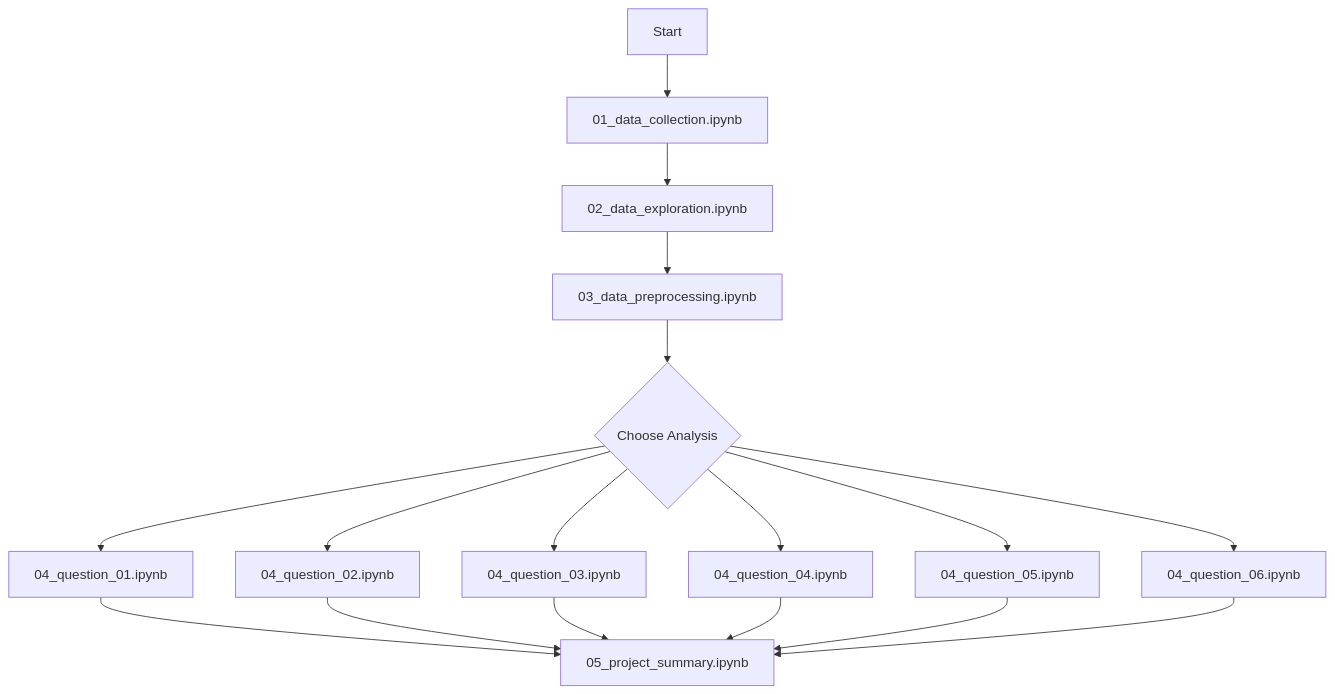
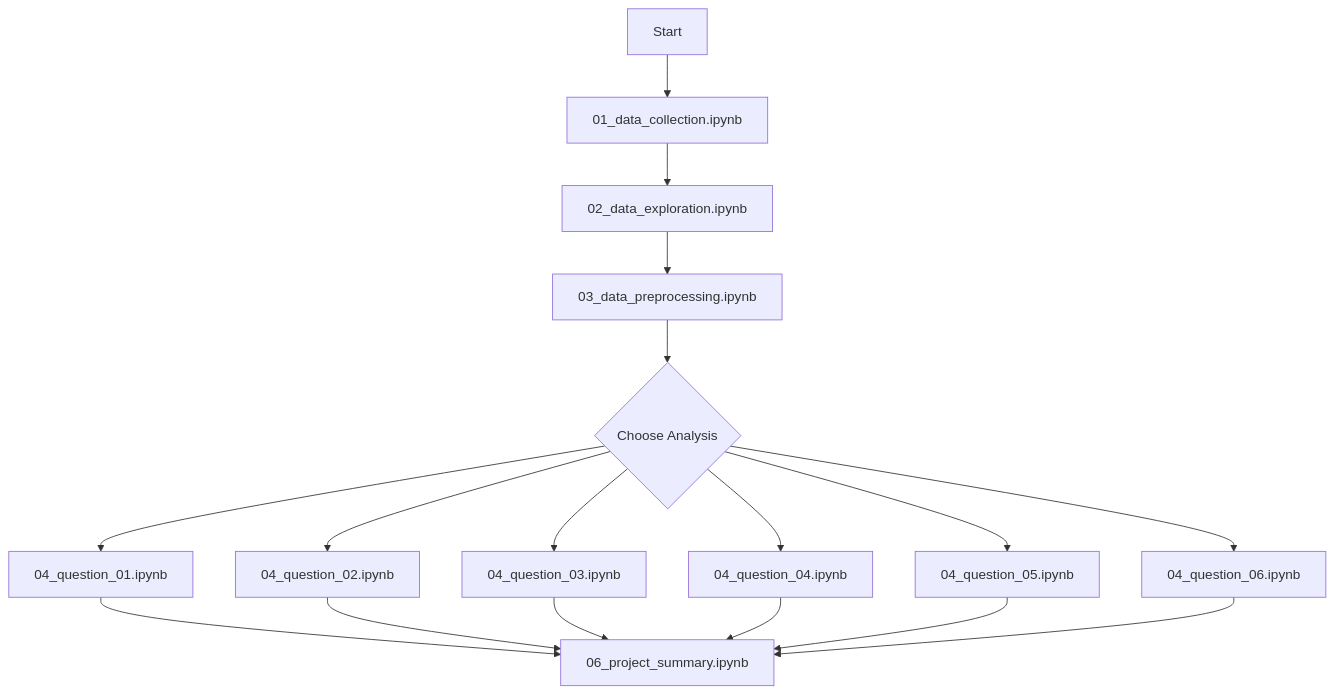
The second of 2 diagrams in README.md (DanielNguyen-05/Analysis_Dataset), drawn with Mermaid before and after one commit. The commit also changed other lines of this file and 21 other files, not shown here.

````diff
--- a/README.md
+++ b/README.md
@@ -361,19 +361,19 @@
 ```mermaid
 graph TD
     A[Start] --> B[01_data_collection.ipynb]
     B --> C[02_data_exploration.ipynb]
     C --> D[03_data_preprocessing.ipynb]
     D --> E{Choose Analysis}
     E --> F[04_question_01.ipynb]
     E --> G[04_question_02.ipynb]
     E --> H[04_question_03.ipynb]
     E --> I[04_question_04.ipynb]
     E --> J[04_question_05.ipynb]
     E --> K[04_question_06.ipynb]
-    F --> L[05_project_summary.ipynb]
+    F --> L[06_project_summary.ipynb]
     G --> L
     H --> L
     I --> L
     J --> L
     K --> L
 ```
````
